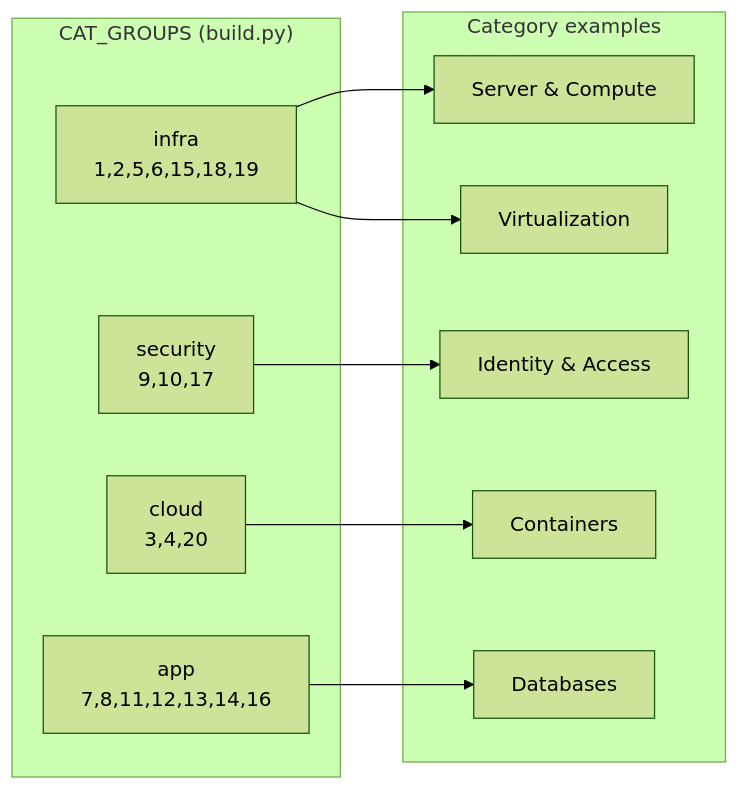
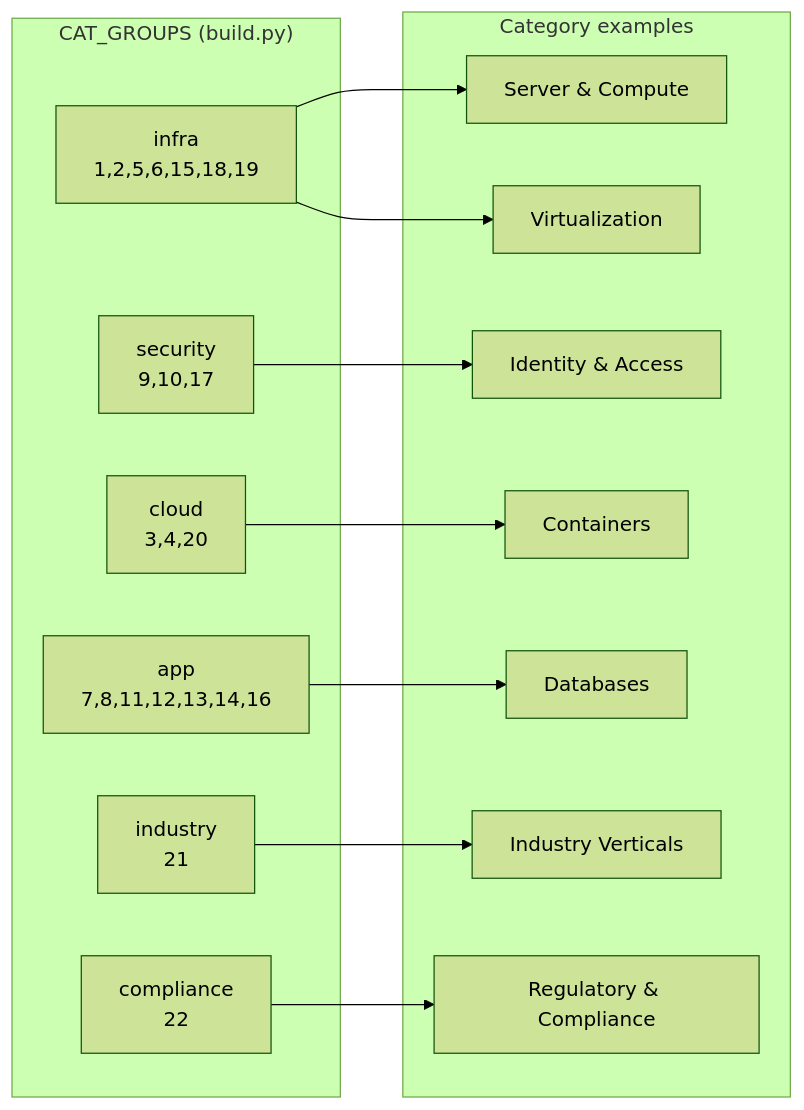
The fifth of 6 diagrams in CODEBASE-DIAGRAM.md (fenre/splunk-monitoring-use-cases), drawn with Mermaid (forest theme) before and after one commit. The commit also changed other lines of this file and 26 other files, not shown here.

````diff
--- a/CODEBASE-DIAGRAM.md
+++ b/CODEBASE-DIAGRAM.md
@@ -162,23 +162,29 @@
 ```mermaid
 flowchart LR
     subgraph groups["CAT_GROUPS (build.py)"]
         infra["infra\n1,2,5,6,15,18,19"]
         security["security\n9,10,17"]
         cloud["cloud\n3,4,20"]
         app["app\n7,8,11,12,13,14,16"]
+        industry["industry\n21"]
+        compliance["compliance\n22"]
     end
 
     subgraph examples["Category examples"]
         E1["Server & Compute"]
         E2["Virtualization"]
         E3["Identity & Access"]
         E4["Containers"]
         E5["Databases"]
+        E6["Industry Verticals"]
+        E7["Regulatory & Compliance"]
     end
 
     infra --> E1
     infra --> E2
     security --> E3
     cloud --> E4
     app --> E5
+    industry --> E6
+    compliance --> E7
 ```
````
